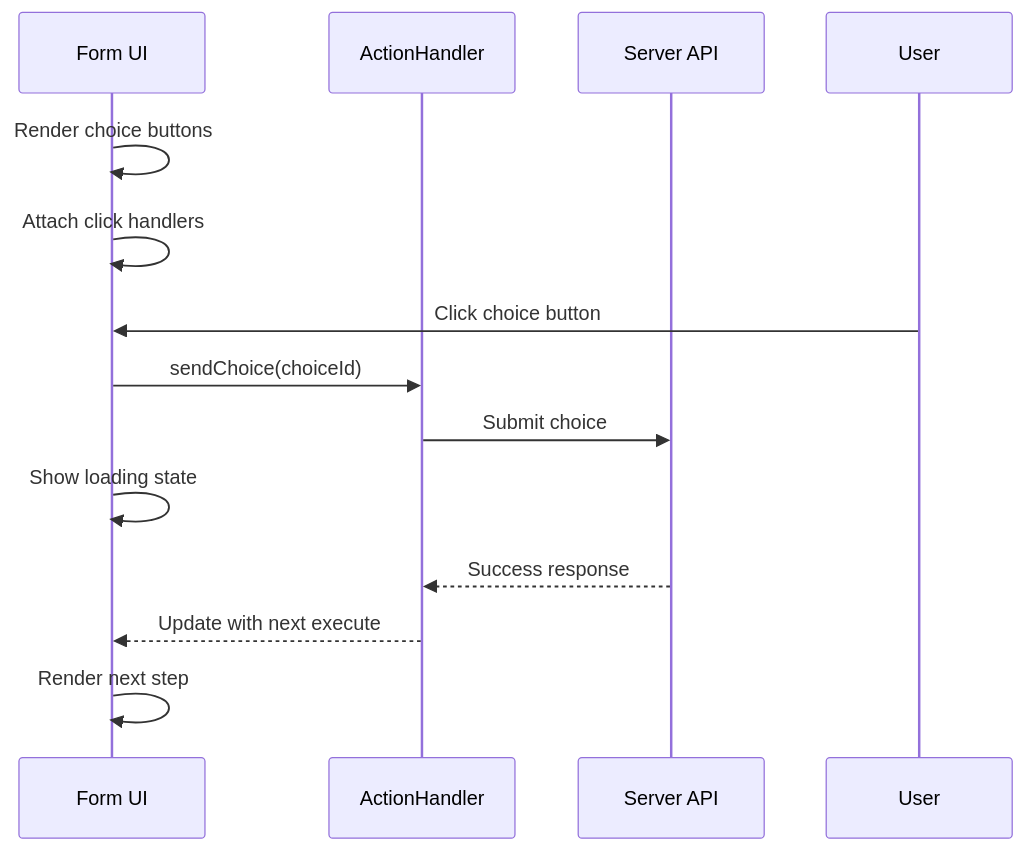
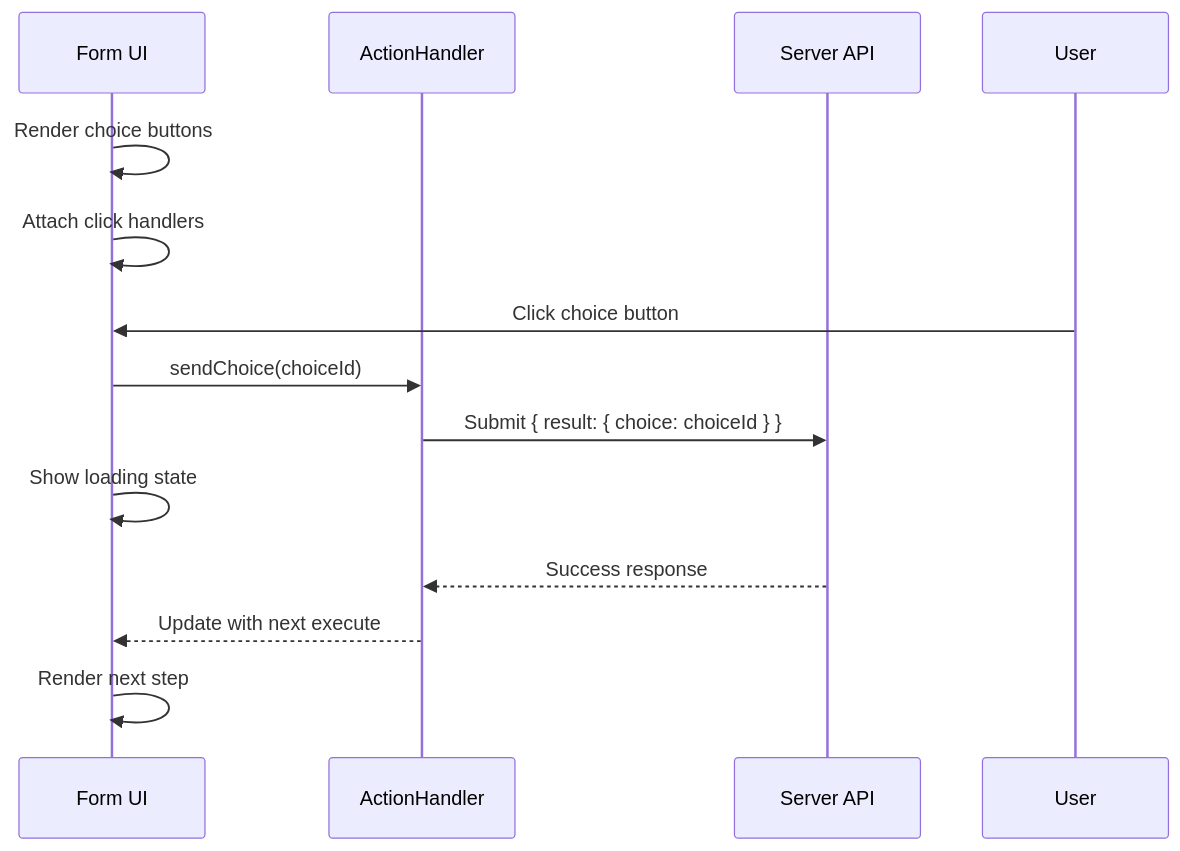
Before and after one commit to donkeyhotshow/a2a-script-agent-autonomy: the fourth of 4 diagrams in a2a-client/docs/workflows/ui-interactions/README.md, drawn with Mermaid. The commit also changed 60 other files, not shown here.

````diff
--- a/a2a-client/docs/workflows/ui-interactions/README.md
+++ b/a2a-client/docs/workflows/ui-interactions/README.md
@@ -141,16 +141,16 @@
 ```mermaid
 sequenceDiagram
     participant UI as Form UI
     participant AH as ActionHandler
     participant API as Server API
 
     UI->>UI: Render choice buttons
     UI->>UI: Attach click handlers
     User->>UI: Click choice button
     UI->>AH: sendChoice(choiceId)
-    AH->>API: Submit choice
+    AH->>API: Submit { result: { choice: choiceId } }
     UI->>UI: Show loading state
     API-->>AH: Success response
     AH-->>UI: Update with next execute
     UI->>UI: Render next step
 ```
````
